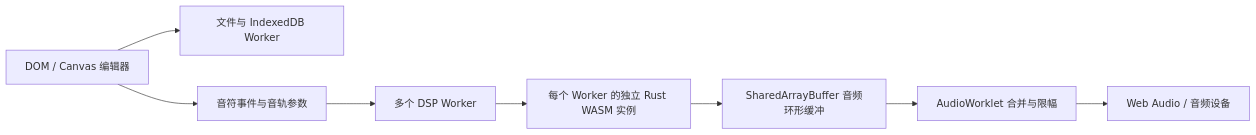
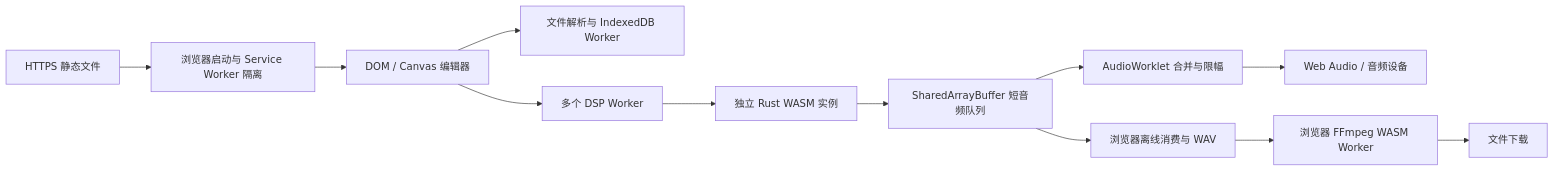
Before and after one commit to sitbat/NoteBlockStudio-Web: the diagram in docs/ARCHITECTURE.md, drawn with Mermaid. The commit also changed other lines of this file and 97 other files, not shown here.

Commit message:
Ship fully static browser app with local WASM encoding

````diff
--- a/docs/ARCHITECTURE.md
+++ b/docs/ARCHITECTURE.md
@@ -5,10 +5,14 @@
 ```mermaid
 flowchart LR
-  UI[DOM / Canvas 编辑器] --> FILE[文件与 IndexedDB Worker]
-  UI --> EVENT[音符事件与音轨参数]
-  EVENT --> DSP[多个 DSP Worker]
-  DSP --> RUST[每个 Worker 的独立 Rust WASM 实例]
-  RUST --> RING[SharedArrayBuffer 音频环形缓冲]
+  STATIC[HTTPS 静态文件] --> BOOT[浏览器启动与 Service Worker 隔离]
+  BOOT --> UI[DOM / Canvas 编辑器]
+  UI --> FILE[文件解析与 IndexedDB Worker]
+  UI --> DSP[多个 DSP Worker]
+  DSP --> RUST[独立 Rust WASM 实例]
+  RUST --> RING[SharedArrayBuffer 短音频队列]
   RING --> OUT[AudioWorklet 合并与限幅]
   OUT --> DEVICE[Web Audio / 音频设备]
+  RING --> WAV[浏览器离线消费与 WAV]
+  WAV --> CODEC[浏览器 FFmpeg WASM Worker]
+  CODEC --> DOWNLOAD[文件下载]
 ```
````
